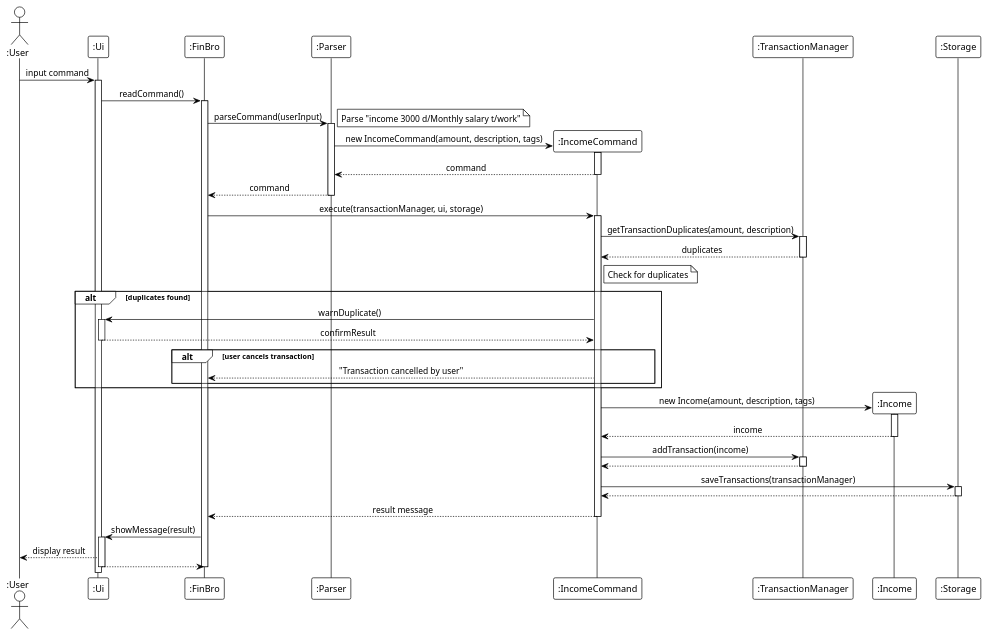
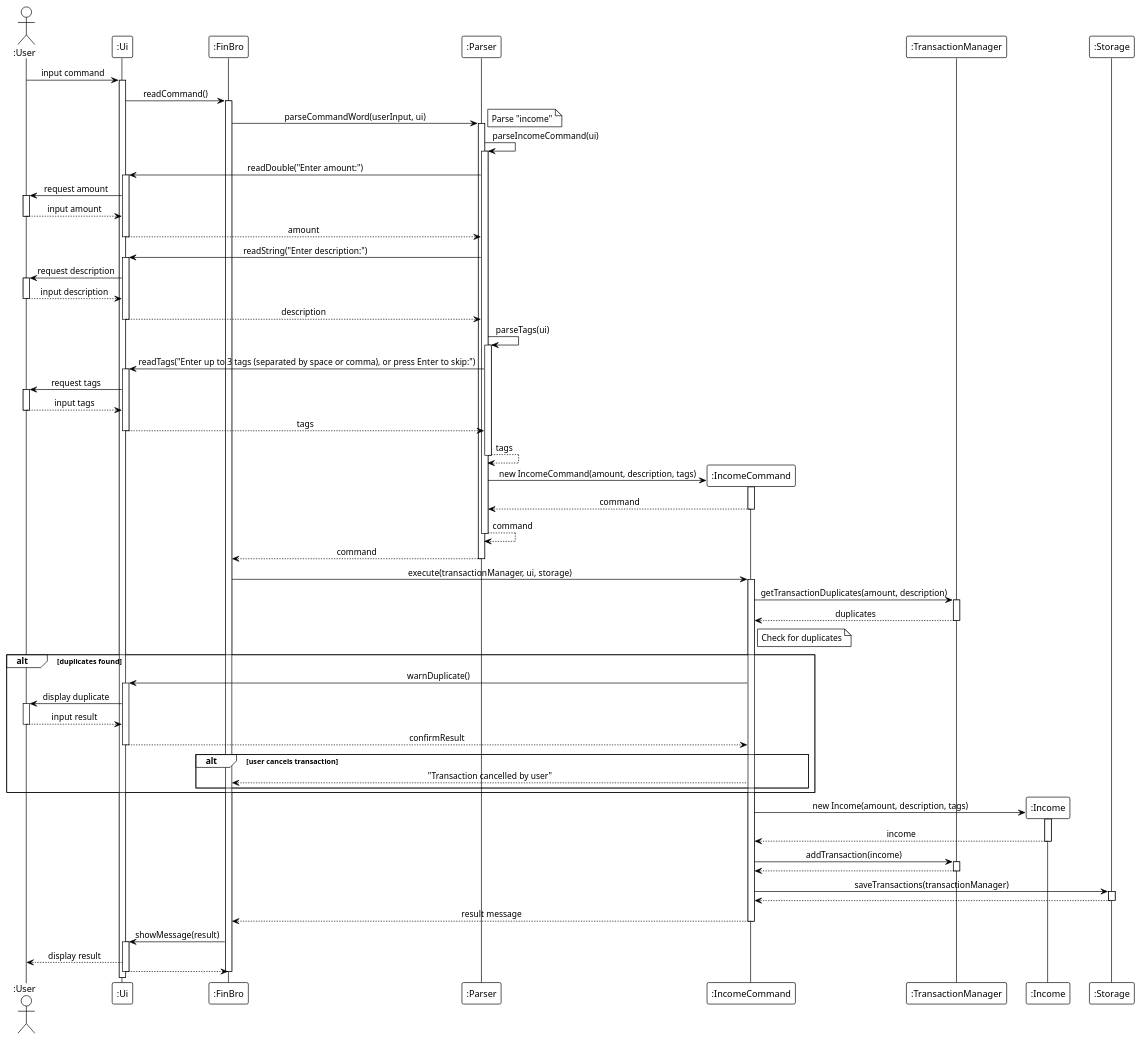
One commit to laitcanard05/tp changed the diagram in docs/diagrams/puml/sequence/sequence-add-transaction.puml. Above: the diagram before and after it, drawn with PlantUML. The commit also changed 13 other files, not shown here.

Commit message:
Update sequence diagrams to reflect friendly CLI

```diff
--- a/docs/diagrams/puml/sequence/sequence-add-transaction.puml
+++ b/docs/diagrams/puml/sequence/sequence-add-transaction.puml
@@ -1,81 +1,121 @@
 @startuml
 !theme plain
 skinparam sequenceMessageAlign center
 skinparam responseMessageBelowArrow true
 skinparam lifelineStrategy nosolid
 
 actor ":User" as User
 participant ":Ui" as UI
 participant ":FinBro" as FinBro
 participant ":Parser" as Parser
 participant ":IncomeCommand" as IncomeCommand
 participant ":TransactionManager" as TransactionMgr
 participant ":Income" as Income
 participant ":Storage" as Storage
 
 User -> UI : input command
 activate UI
 
 UI -> FinBro : readCommand()
 activate FinBro
 
-FinBro -> Parser : parseCommand(userInput)
+FinBro -> Parser : parseCommandWord(userInput, ui)
 activate Parser
-note right: Parse "income 3000 d/Monthly salary t/work"
+note right: Parse "income"
+
+Parser -> Parser : parseIncomeCommand(ui)
+activate Parser
+
+Parser -> UI : readDouble("Enter amount:")
+activate UI
+UI -> User : request amount
+activate User
+User --> UI : input amount
+deactivate User
+UI --> Parser : amount
+deactivate UI
+
+Parser -> UI : readString("Enter description:")
+activate UI
+UI -> User : request description
+activate User
+User --> UI : input description
+deactivate User
+UI --> Parser : description
+deactivate UI
+
+Parser -> Parser : parseTags(ui)
+activate Parser
+Parser -> UI : readTags("Enter up to 3 tags (separated by space or comma), or press Enter to skip:")
+activate UI
+UI -> User : request tags
+activate User
+User --> UI : input tags
+deactivate User
+UI --> Parser : tags
+deactivate UI
+Parser --> Parser : tags
+deactivate Parser
 
 create IncomeCommand
 Parser -> IncomeCommand : new IncomeCommand(amount, description, tags)
 activate IncomeCommand
 IncomeCommand --> Parser : command
 deactivate IncomeCommand
+Parser --> Parser : command
+deactivate Parser
 Parser --> FinBro : command
 deactivate Parser
 
 FinBro -> IncomeCommand : execute(transactionManager, ui, storage)
 activate IncomeCommand
 
 IncomeCommand -> TransactionMgr : getTransactionDuplicates(amount, description)
 activate TransactionMgr
 TransactionMgr --> IncomeCommand : duplicates
 deactivate TransactionMgr
 
 note right of IncomeCommand: Check for duplicates
 
 alt duplicates found
     IncomeCommand -> UI : warnDuplicate()
     activate UI
+    UI -> User : display duplicate
+    activate User
+    User --> UI : input result
+    deactivate User
     UI --> IncomeCommand : confirmResult
     deactivate UI
 
     alt user cancels transaction
         IncomeCommand --> FinBro : "Transaction cancelled by user"
     end
 end
 
 create Income
 IncomeCommand -> Income : new Income(amount, description, tags)
 activate Income
 Income --> IncomeCommand : income
 deactivate Income
 
 IncomeCommand -> TransactionMgr : addTransaction(income)
 activate TransactionMgr
 TransactionMgr --> IncomeCommand
 deactivate TransactionMgr
 
 IncomeCommand -> Storage : saveTransactions(transactionManager)
 activate Storage
 Storage --> IncomeCommand
 deactivate Storage
 
 IncomeCommand --> FinBro : result message
 deactivate IncomeCommand
 
 FinBro -> UI : showMessage(result)
 activate UI
 UI --> User : display result
 UI --> FinBro
 deactivate UI
 deactivate FinBro
 
 @enduml
```
